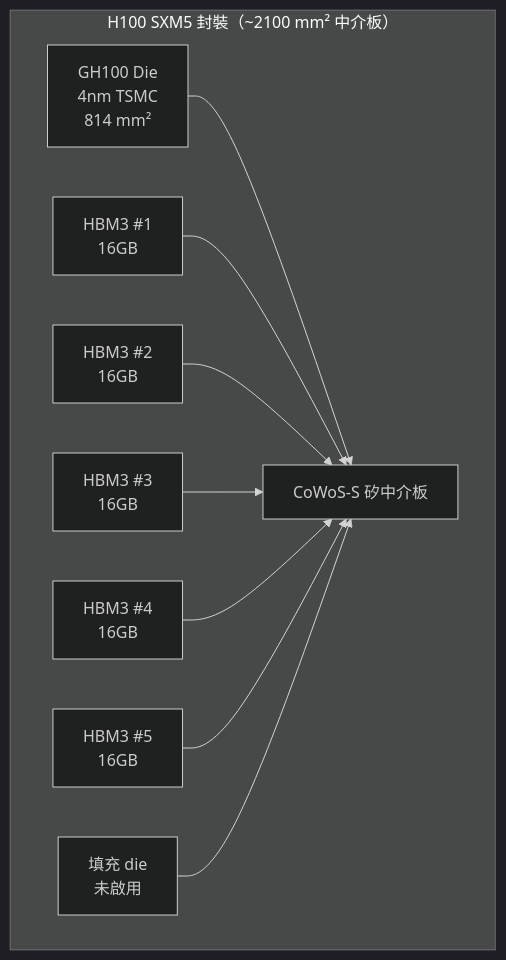
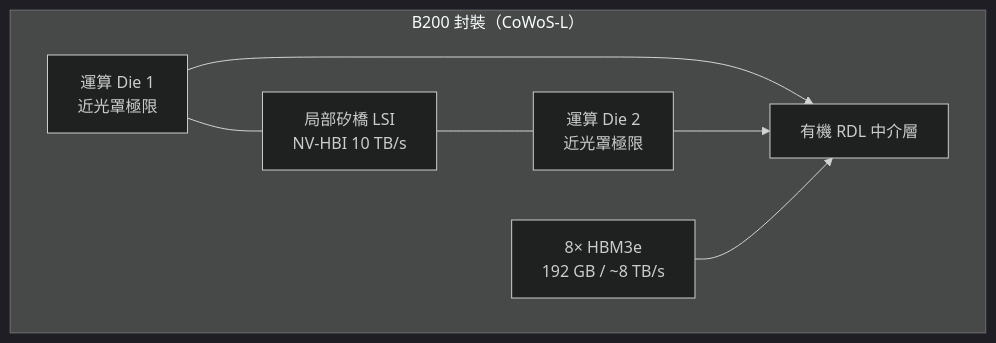
One commit to wizardhsiehcom/book changed the second of 3 diagrams in docs/cowos/08-cowos-ai-hpc.md. Above: the diagram before and after it, drawn with Mermaid (dark theme). The commit also changed other lines of this file and 33 other files, not shown here.

````diff
--- a/docs/cowos/08-cowos-ai-hpc.md
+++ b/docs/cowos/08-cowos-ai-hpc.md
@@ -7,10 +51,13 @@
 ```mermaid
 flowchart TB
-    subgraph "H100 SXM5 封裝（~2100 mm² 中介板）"
-        GPU["GH100 Die<br/>4nm TSMC<br/>814 mm²"]
-        H1["HBM3 #1<br/>16GB"] & H2["HBM3 #2<br/>16GB"] & H3["HBM3 #3<br/>16GB"]
-        H4["HBM3 #4<br/>16GB"] & H5["HBM3 #5<br/>16GB"] & H6["填充 die<br/>未啟用"]
-        INT["CoWoS-S 矽中介板"]
-        GPU & H1 & H2 & H3 & H4 & H5 & H6 --> INT
+    subgraph "B200 封裝（CoWoS-L）"
+        D1["運算 Die 1<br/>近光罩極限"]
+        D2["運算 Die 2<br/>近光罩極限"]
+        BR["局部矽橋 LSI<br/>NV-HBI 10 TB/s"]
+        H["8× HBM3e<br/>192 GB / ~8 TB/s"]
+        ORG["有機 RDL 中介層"]
+        D1 --- BR --- D2
+        D1 & D2 --> ORG
+        H --> ORG
     end
 ```
````
